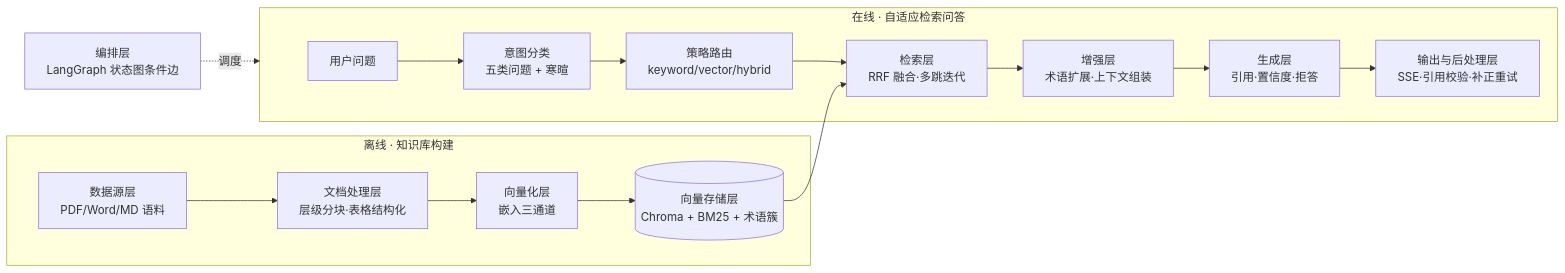
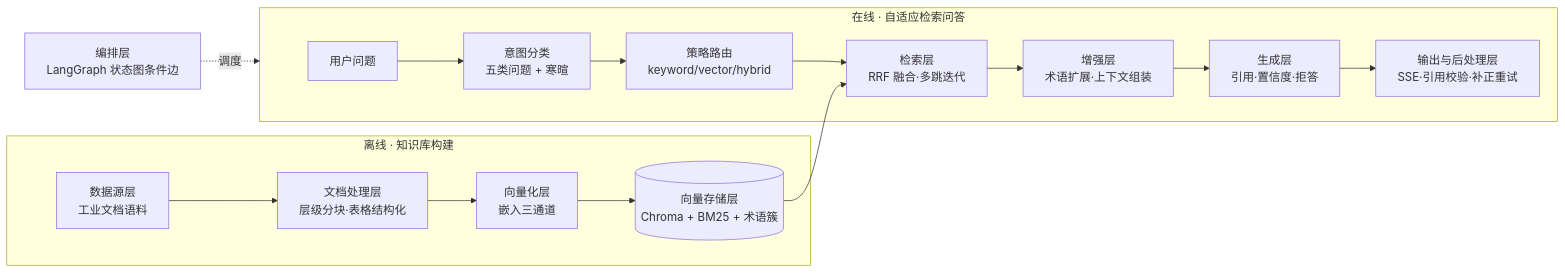
Before and after one commit to ring-tree/indocqa-szccf: the diagram in README.md, drawn with Mermaid. The commit also changed other lines of this file and 19 other files, not shown here.

Commit message:
feat(web,docs): 补齐 Web 前端（代理目标参数化，独立实例可跑）+ 自有领域截图；README 加厚重写（业务本质/数据流/路由表/评测图表）；同步工具文档中性化

````diff
--- a/README.md
+++ b/README.md
@@ -28,18 +31,18 @@
 ```mermaid
 flowchart LR
   subgraph OFF[离线 · 知识库构建]
-    A[数据源层<br/>PDF/Word/MD 语料] --> B[文档处理层<br/>层级分块·表格结构化]
+    A[数据源层<br/>工业文档语料] --> B[文档处理层<br/>层级分块·表格结构化]
     B --> C[向量化层<br/>嵌入三通道]
     C --> D[(向量存储层<br/>Chroma + BM25 + 术语簇)]
   end
   subgraph ON[在线 · 自适应检索问答]
     Q[用户问题] --> R[意图分类<br/>五类问题 + 寒暄]
     R --> S[策略路由<br/>keyword/vector/hybrid]
     S --> T[检索层<br/>RRF 融合·多跳迭代]
     D --> T
     T --> U[增强层<br/>术语扩展·上下文组装]
     U --> V[生成层<br/>引用·置信度·拒答]
     V --> W[输出与后处理层<br/>SSE·引用校验·补正重试]
   end
   X[编排层<br/>LangGraph 状态图条件边] -.调度.-> ON
 ```
````
